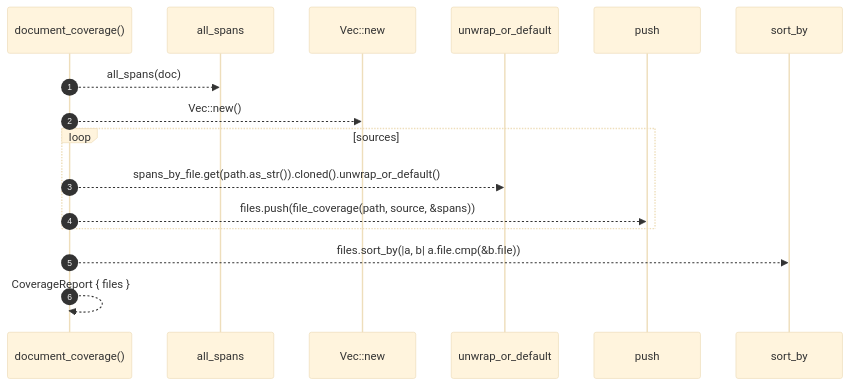
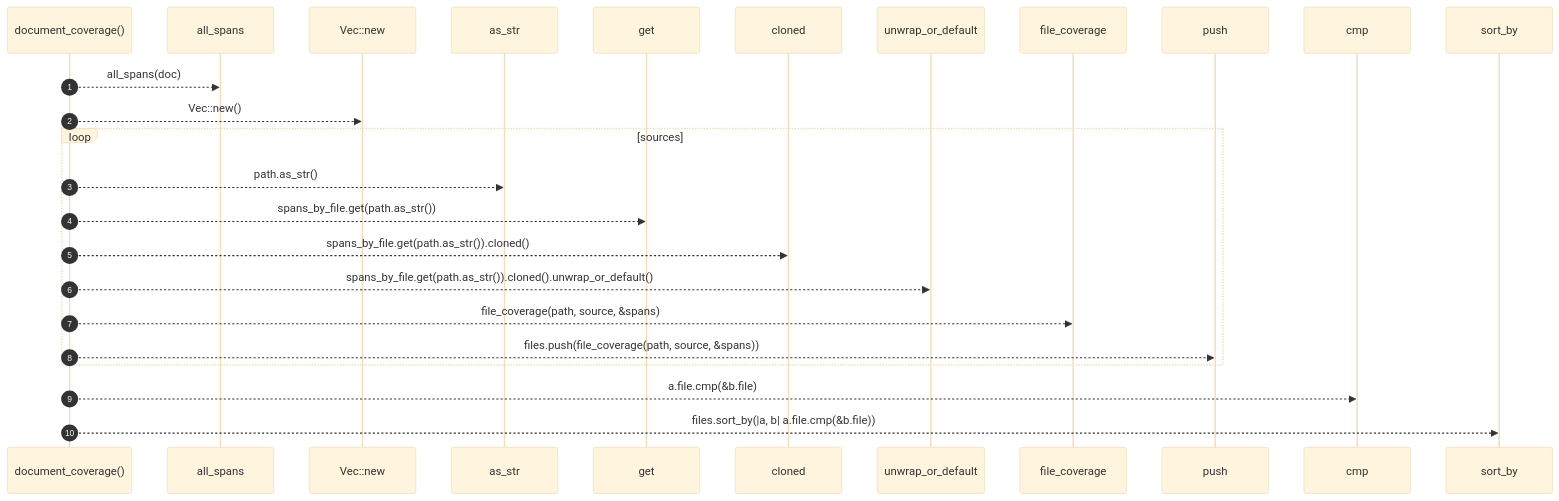
One commit to RyanGuild/self-describing-code changed the diagram in docs/self-model/robby_ir/coverage/document-coverage.md. Above: the diagram before and after it, drawn with Mermaid (base theme). The commit also changed other lines of this file and 1404 other files, not shown here.

````diff
--- a/docs/self-model/robby_ir/coverage/document-coverage.md
+++ b/docs/self-model/robby_ir/coverage/document-coverage.md
@@ -38,18 +38,27 @@
 ```mermaid
 sequenceDiagram
     autonumber
     participant document_coverage as document_coverage()
     participant all_spans as all_spans
     participant Vec__new as Vec::new
+    participant as_str as as_str
+    participant get as get
+    participant cloned as cloned
     participant unwrap_or_default as unwrap_or_default
+    participant file_coverage as file_coverage
     participant push as push
+    participant cmp as cmp
     participant sort_by as sort_by
     document_coverage-->>all_spans: all_spans(doc)
     document_coverage-->>Vec__new: Vec::new()
     loop sources
+    document_coverage-->>as_str: path.as_str()
+    document_coverage-->>get: spans_by_file.get(path.as_str())
+    document_coverage-->>cloned: spans_by_file.get(path.as_str()).cloned()
     document_coverage-->>unwrap_or_default: spans_by_file.get(path.as_str()).cloned().unwrap_or_default()
+    document_coverage-->>file_coverage: file_coverage(path, source, &spans)
     document_coverage-->>push: files.push(file_coverage(path, source, &spans))
     end
+    document_coverage-->>cmp: a.file.cmp(&b.file)
     document_coverage-->>sort_by: files.sort_by(|a, b| a.file.cmp(&b.file))
-    document_coverage-->>document_coverage: CoverageReport { files }
 ```
````
